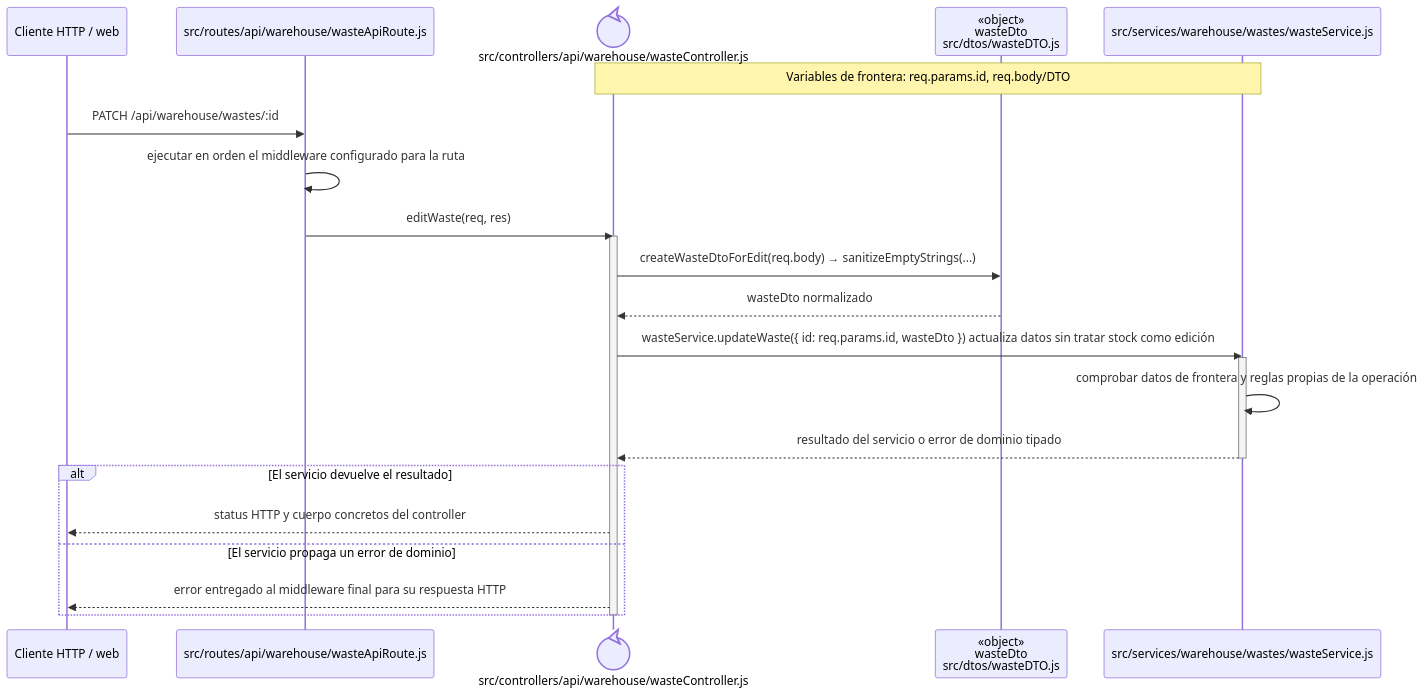
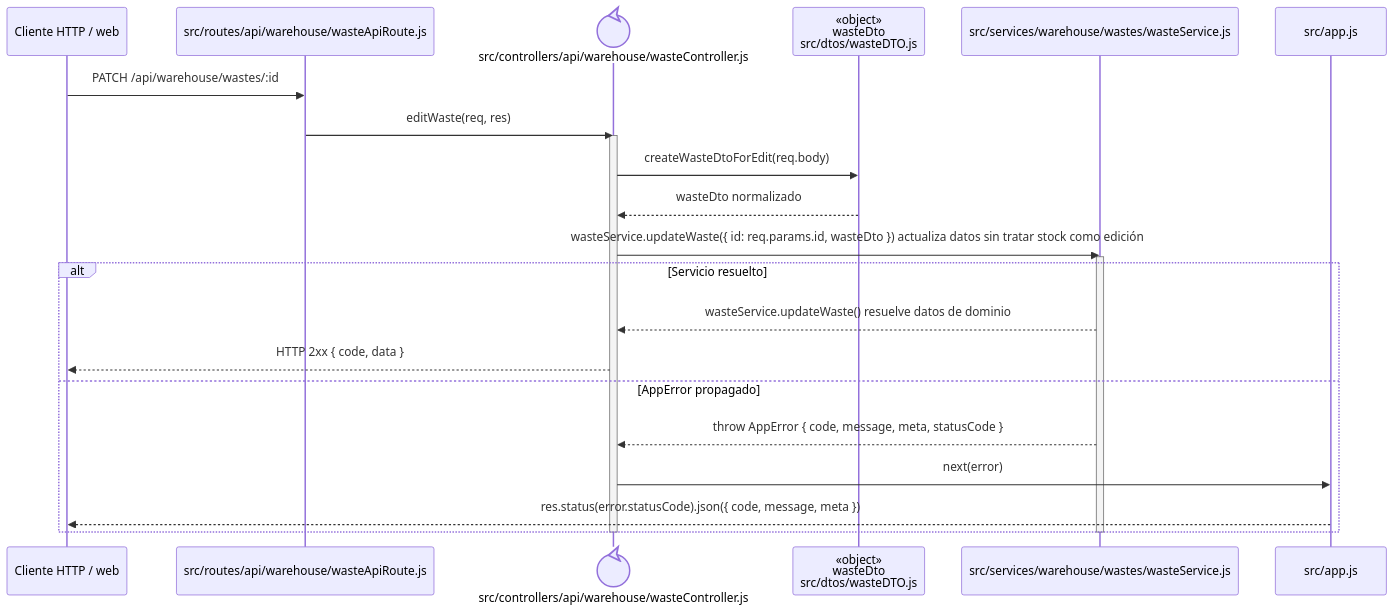
The diagram in docs/architecture/backend-code-sequences/catalogs/cu-alm-11.md (gpgsistemas01/nexus), drawn with Mermaid before and after one commit. The commit also changed 148 other files, not shown here.

````diff
--- a/docs/architecture/backend-code-sequences/catalogs/cu-alm-11.md
+++ b/docs/architecture/backend-code-sequences/catalogs/cu-alm-11.md
@@ -6,27 +6,27 @@
 ```mermaid
 sequenceDiagram
     participant Client as Cliente HTTP / web
     participant Route as src/routes/api/warehouse/wasteApiRoute.js
     participant Controller@{ "type": "control" } as src/controllers/api/warehouse/wasteController.js
     participant WasteDto as «object»<br/>wasteDto<br/>src/dtos/wasteDTO.js
     participant Domain as src/services/warehouse/wastes/wasteService.js
-    Note over Controller,Domain: Variables de frontera: req.params.id, req.body/DTO
+    participant ErrorHandler as src/app.js
 
     Client->>Route: PATCH /api/warehouse/wastes/:id
-    Route->>Route: ejecutar en orden el middleware configurado para la ruta
     Route->>Controller: editWaste(req, res)
     activate Controller
-    Controller->>WasteDto: createWasteDtoForEdit(req.body) → sanitizeEmptyStrings(...)
+    Controller->>WasteDto: createWasteDtoForEdit(req.body)
     WasteDto-->>Controller: wasteDto normalizado
     Controller->>Domain: wasteService.updateWaste({ id: req.params.id, wasteDto }) actualiza datos sin tratar stock como edición
     activate Domain
-    Domain->>Domain: comprobar datos de frontera y reglas propias de la operación
-    Domain-->>Controller: resultado del servicio o error de dominio tipado
+    alt Servicio resuelto
+        Domain-->>Controller: wasteService.updateWaste() resuelve datos de dominio
+        Controller-->>Client: HTTP 2xx { code, data }
+    else AppError propagado
+        Domain-->>Controller: throw AppError { code, message, meta, statusCode }
+        Controller->>ErrorHandler: next(error)
+        ErrorHandler-->>Client: res.status(error.statusCode).json({ code, message, meta })
+    end
     deactivate Domain
-    alt El servicio devuelve el resultado
-        Controller-->>Client: status HTTP y cuerpo concretos del controller
-    else El servicio propaga un error de dominio
-        Controller-->>Client: error entregado al middleware final para su respuesta HTTP
-    end
     deactivate Controller
 ```
````
